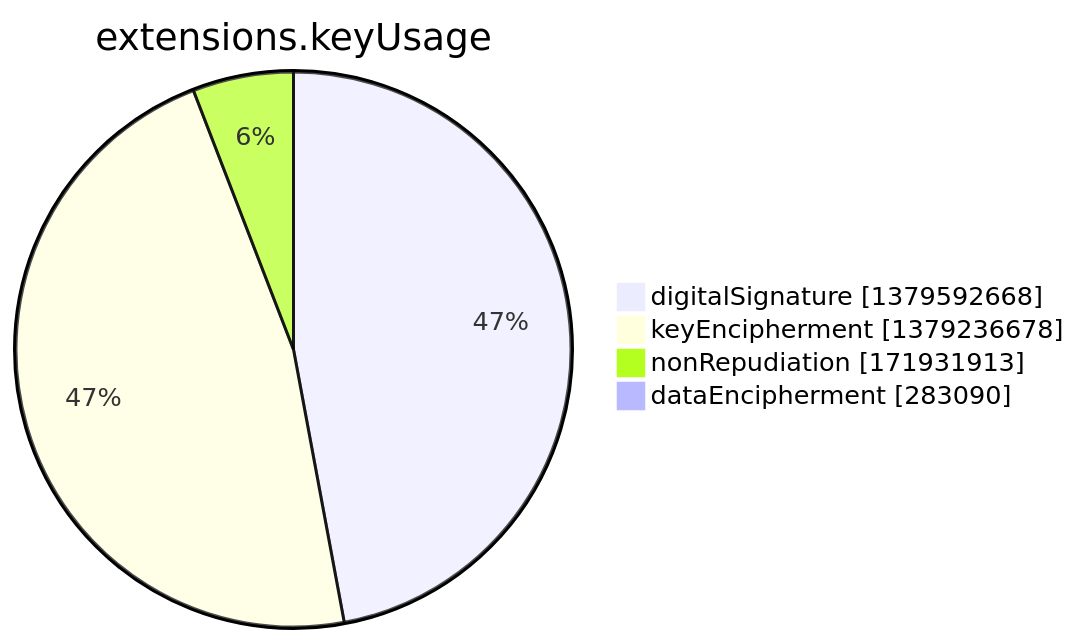
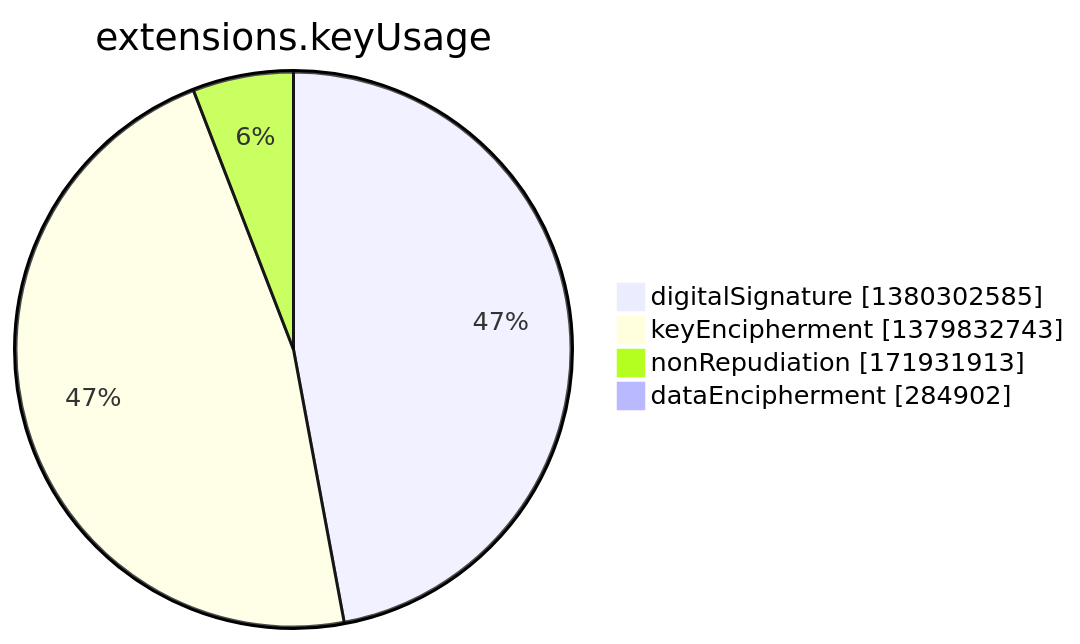
The seventh of 15 diagrams in argon2022/README.md (christiankrug/ctmonitor_visualization), drawn with Mermaid before and after one commit. The commit also changed other lines of this file, not shown here.

````diff
--- a/argon2022/README.md
+++ b/argon2022/README.md
@@ -2751,8 +2751,8 @@
 ```mermaid
 pie showData
 title extensions.keyUsage
-"digitalSignature" :1379592668
-"keyEncipherment" :1379236678
+"digitalSignature" :1380302585
+"keyEncipherment" :1379832743
 "nonRepudiation" :171931913
-"dataEncipherment" :283090
+"dataEncipherment" :284902
 ```
````
